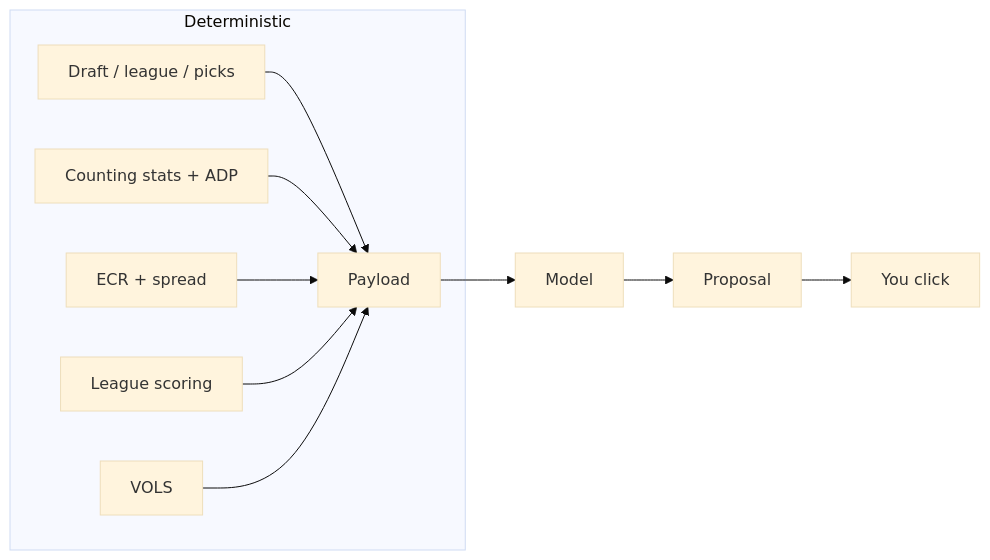
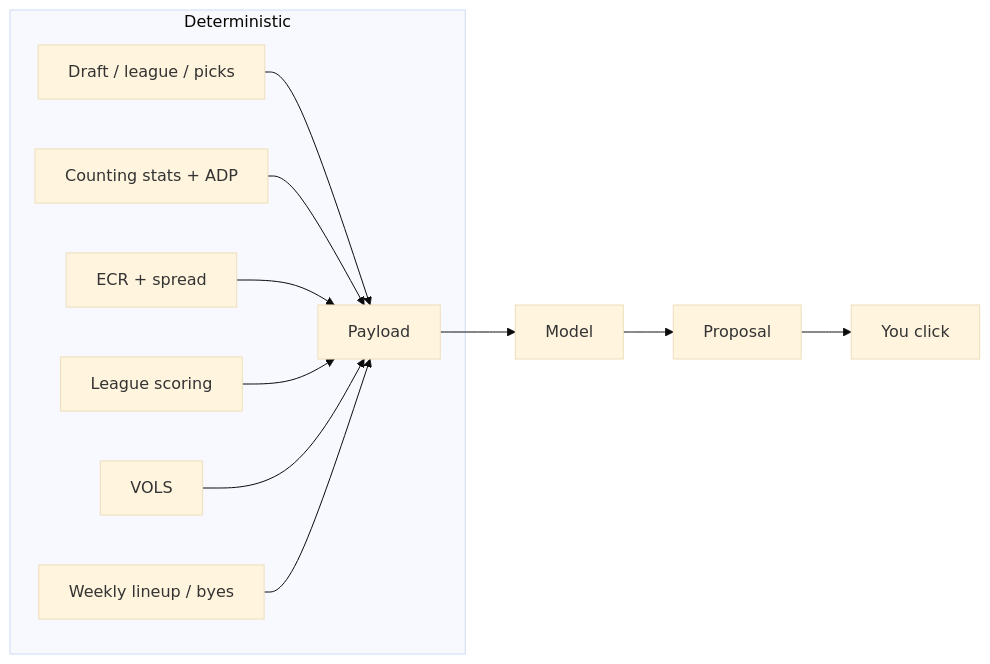
Before and after one commit to alemtani/vorpal: the first of 4 diagrams in docs/SPEC.md, drawn with Mermaid (base theme). The commit also changed other lines of this file, not shown here.

First line of the commit message:
Tighten evals to pass/fail and add weekly bye strength.

````diff
--- a/docs/SPEC.md
+++ b/docs/SPEC.md
@@ -9,18 +9,20 @@
 ```mermaid
 flowchart LR
   subgraph det [Deterministic]
     D[Draft / league / picks]
     F[Counting stats + ADP]
     E[ECR + spread]
     S[League scoring]
     V[VOLS]
+    W[Weekly lineup / byes]
     D --> P[Payload]
     F --> P
     E --> P
     S --> P
     V --> P
+    W --> P
   end
   P --> M[Model]
   M --> R[Proposal]
   R --> H[You click]
 ```
````
